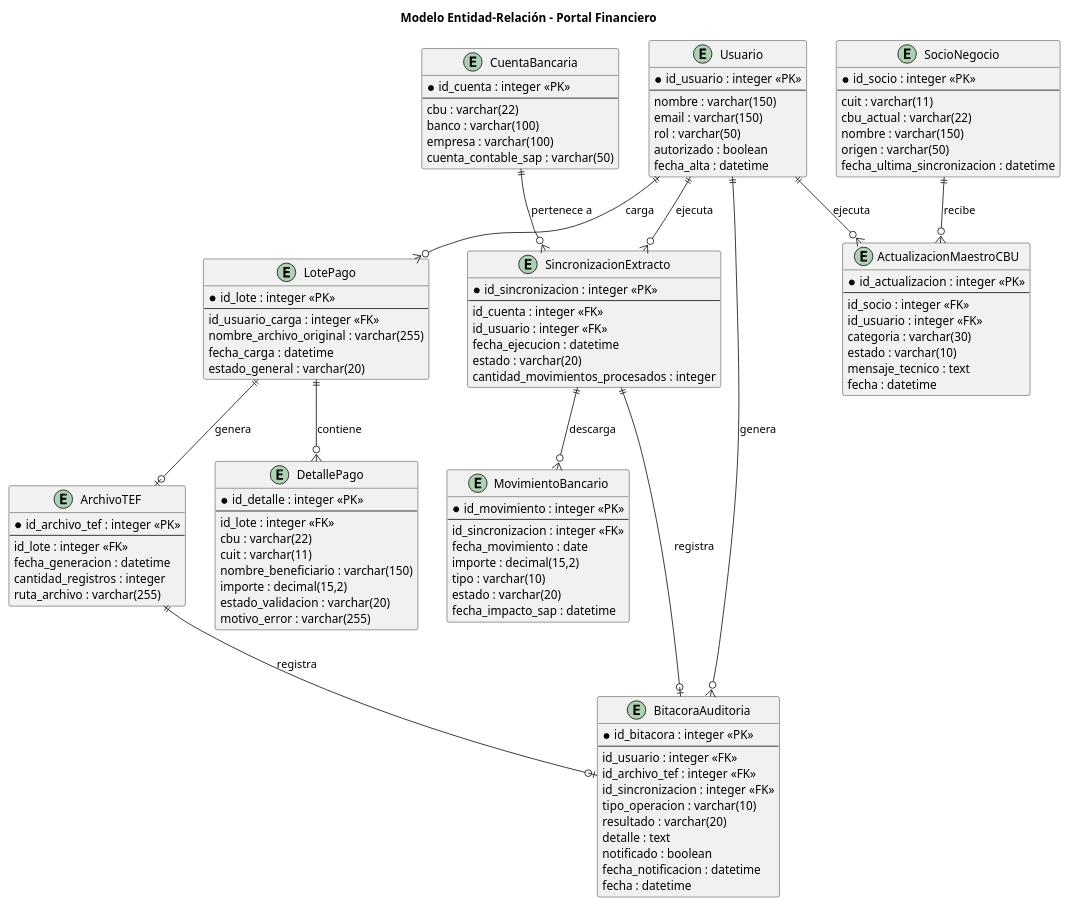
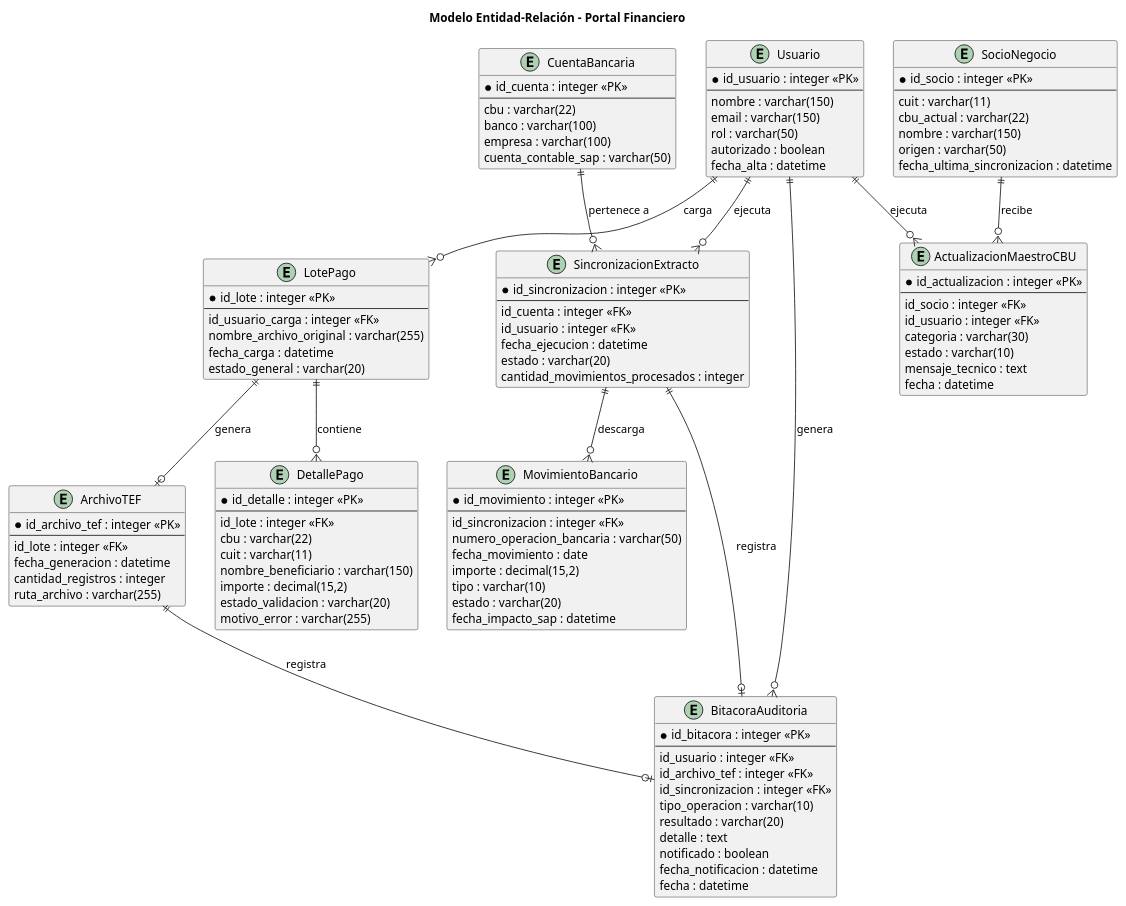
One commit to LucianoGBenitez/portal-financiero changed the diagram in diagramas/er.puml. Above: the diagram before and after it, drawn with PlantUML. The commit also changed 3 other files, not shown here.

Commit message:
docs(diseno-ui): wireframe de previsualizacion de movimientos (CU-02) y campo numero_operacion_bancaria en el ER

```diff
--- a/diagramas/er.puml
+++ b/diagramas/er.puml
@@ -1,124 +1,125 @@
 @startuml ER
 title Modelo Entidad-Relación - Portal Financiero
 
 ' --- Entidades ---
 entity Usuario {
   * id_usuario : integer <<PK>>
   --
   nombre : varchar(150)
   email : varchar(150)
   rol : varchar(50)
   autorizado : boolean
   fecha_alta : datetime
 }
 
 entity CuentaBancaria {
   * id_cuenta : integer <<PK>>
   --
   cbu : varchar(22)
   banco : varchar(100)
   empresa : varchar(100)
   cuenta_contable_sap : varchar(50)
 }
 
 entity LotePago {
   * id_lote : integer <<PK>>
   --
   id_usuario_carga : integer <<FK>>
   nombre_archivo_original : varchar(255)
   fecha_carga : datetime
   estado_general : varchar(20)
 }
 
 entity DetallePago {
   * id_detalle : integer <<PK>>
   --
   id_lote : integer <<FK>>
   cbu : varchar(22)
   cuit : varchar(11)
   nombre_beneficiario : varchar(150)
   importe : decimal(15,2)
   estado_validacion : varchar(20)
   motivo_error : varchar(255)
 }
 
 entity ArchivoTEF {
   * id_archivo_tef : integer <<PK>>
   --
   id_lote : integer <<FK>>
   fecha_generacion : datetime
   cantidad_registros : integer
   ruta_archivo : varchar(255)
 }
 
 entity SincronizacionExtracto {
   * id_sincronizacion : integer <<PK>>
   --
   id_cuenta : integer <<FK>>
   id_usuario : integer <<FK>>
   fecha_ejecucion : datetime
   estado : varchar(20)
   cantidad_movimientos_procesados : integer
 }
 
 entity MovimientoBancario {
   * id_movimiento : integer <<PK>>
   --
   id_sincronizacion : integer <<FK>>
+  numero_operacion_bancaria : varchar(50)
   fecha_movimiento : date
   importe : decimal(15,2)
   tipo : varchar(10)
   estado : varchar(20)
   fecha_impacto_sap : datetime
 }
 
 entity SocioNegocio {
   * id_socio : integer <<PK>>
   --
   cuit : varchar(11)
   cbu_actual : varchar(22)
   nombre : varchar(150)
   origen : varchar(50)
   fecha_ultima_sincronizacion : datetime
 }
 
 entity ActualizacionMaestroCBU {
   * id_actualizacion : integer <<PK>>
   --
   id_socio : integer <<FK>>
   id_usuario : integer <<FK>>
   categoria : varchar(30)
   estado : varchar(10)
   mensaje_tecnico : text
   fecha : datetime
 }
 
 entity BitacoraAuditoria {
   * id_bitacora : integer <<PK>>
   --
   id_usuario : integer <<FK>>
   id_archivo_tef : integer <<FK>>
   id_sincronizacion : integer <<FK>>
   tipo_operacion : varchar(10)
   resultado : varchar(20)
   detalle : text
   notificado : boolean
   fecha_notificacion : datetime
   fecha : datetime
 }
 
 ' --- Relaciones ---
 ' Sintaxis: EntidadA [cardinalidad] -- [cardinalidad] EntidadB : "etiqueta"
 Usuario ||--o{ LotePago : "carga"
 Usuario ||--o{ SincronizacionExtracto : "ejecuta"
 Usuario ||--o{ ActualizacionMaestroCBU : "ejecuta"
 Usuario ||--o{ BitacoraAuditoria : "genera"
 LotePago ||--o{ DetallePago : "contiene"
 LotePago ||--o| ArchivoTEF : "genera"
 CuentaBancaria ||--o{ SincronizacionExtracto : "pertenece a"
 SincronizacionExtracto ||--o{ MovimientoBancario : "descarga"
 SocioNegocio ||--o{ ActualizacionMaestroCBU : "recibe"
 ArchivoTEF ||--o| BitacoraAuditoria : "registra"
 SincronizacionExtracto ||--o| BitacoraAuditoria : "registra"
 
 @enduml
```
